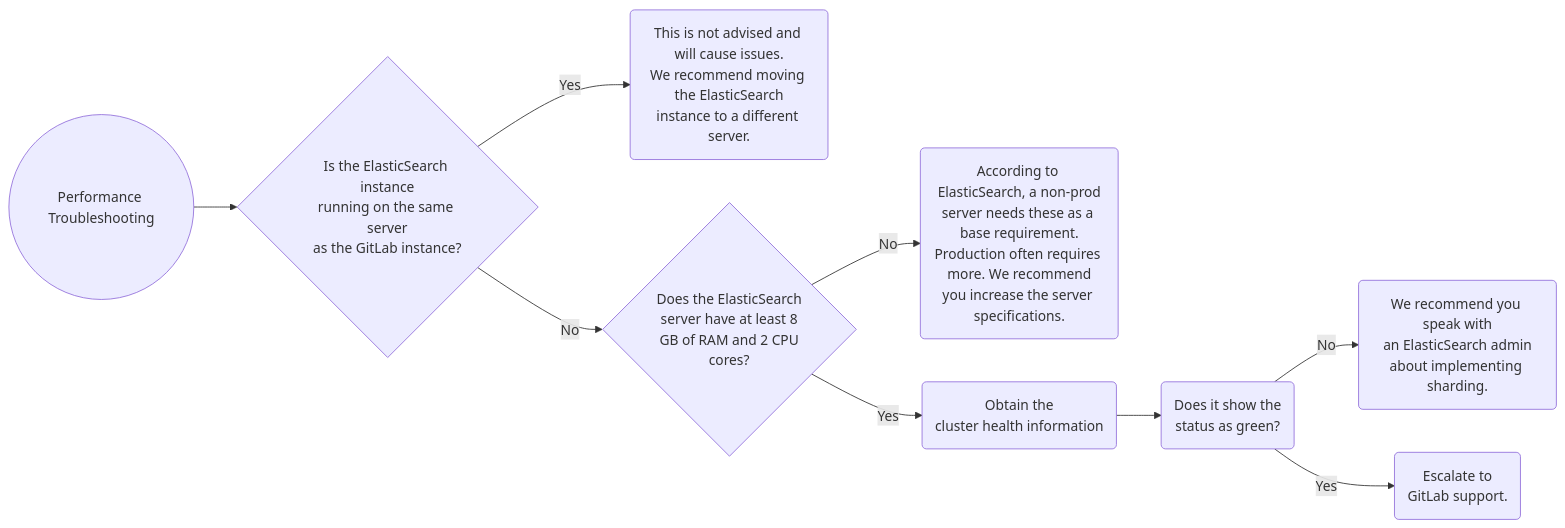
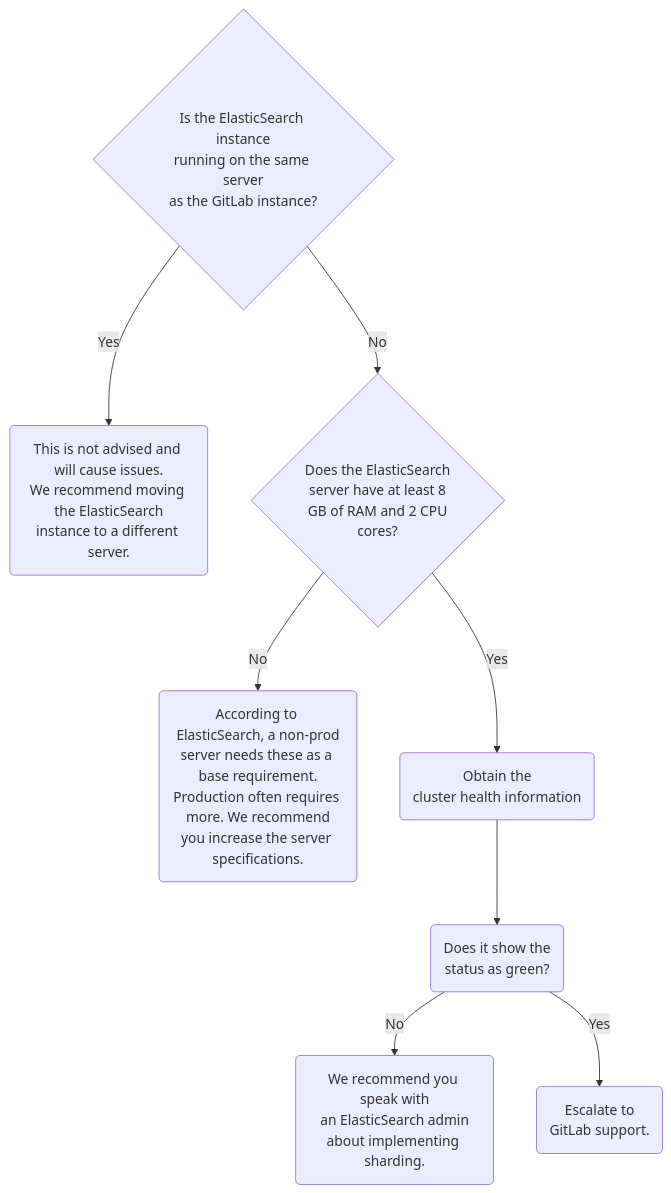
One commit to ngen-brett/gitlab-ce changed the fourth of 4 diagrams in doc/administration/troubleshooting/elasticsearch.md. Above: the diagram before and after it, drawn with Mermaid. The commit also changed other lines of this file, not shown here.

First line of the commit message:
Add ElasticSearch Troubleshooting

````diff
--- a/doc/administration/troubleshooting/elasticsearch.md
+++ b/doc/administration/troubleshooting/elasticsearch.md
@@ -128,20 +122,18 @@
 ```mermaid
-graph LR;
-  A --> F;
+graph TD;
   F --> |Yes| F1
   F --> |No| F2
   F2 --> |No| F3
   F2 --> |Yes| F4
   F4 --> F5
   F5 --> |No| F6
   F5 --> |Yes| F7
-  A((Performance Troubleshooting))
   F{Is the ElasticSearch instance<br>running on the same server<br>as the GitLab instance?}
   F1(This is not advised and will cause issues.<br>We recommend moving the ElasticSearch<br>instance to a different server.)
   F2{Does the ElasticSearch<br>server have at least 8<br>GB of RAM and 2 CPU<br>cores?}
   F3(According to ElasticSearch, a non-prod<br>server needs these as a base requirement.<br>Production often requires more. We recommend<br>you increase the server specifications.)
   F4(Obtain the <br>cluster health information)
   F5(Does it show the<br>status as green?)
   F6(We recommend you speak with<br>an ElasticSearch admin<br>about implementing sharding.)
   F7(Escalate to<br>GitLab support.)
 ```
````
